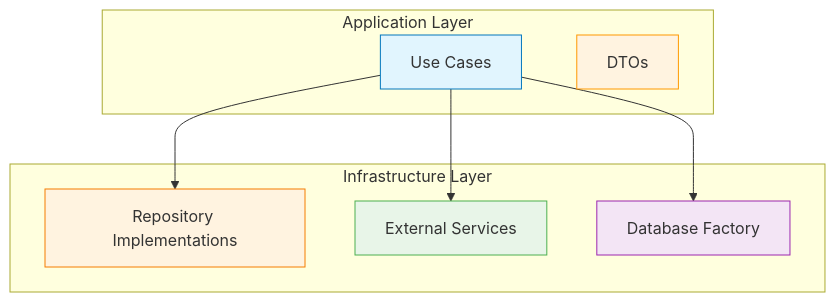
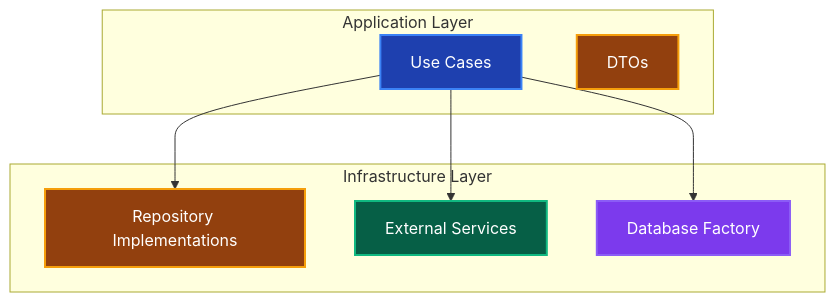
The fifth of 5 diagrams in _DOCS/guides/ddd/layers/application/application.md (derushio/d-next-ddd-example), drawn with Mermaid before and after one commit. The commit also changed other lines of this file and 31 other files, not shown here.

Commit message:
🎨: DOCSのMermaid図表カラーテーマを暗色に統一し視認性を向上

````diff
--- a/_DOCS/guides/ddd/layers/application/application.md
+++ b/_DOCS/guides/ddd/layers/application/application.md
@@ -200,23 +200,23 @@
 ```mermaid
 graph TD
     subgraph "Application Layer"
         UC[Use Cases]
         DTO[DTOs]
     end
     
     subgraph "Infrastructure Layer"
         REPO_IMPL[Repository Implementations]
         EXT_SERVICE[External Services]
         DB[Database Factory]
     end
     
     UC --> REPO_IMPL
     UC --> EXT_SERVICE
     UC --> DB
     
-    style UC fill:#e1f5fe,stroke:#0277bd
-    style DTO fill:#fff3e0,stroke:#ff9800
-    style REPO_IMPL fill:#fff3e0,stroke:#f57c00
-    style EXT_SERVICE fill:#e8f5e8,stroke:#4caf50
-    style DB fill:#f3e5f5,stroke:#9c27b0
+    style UC fill:#1e40af,stroke:#3b82f6,stroke-width:2px,color:#ffffff
+    style DTO fill:#92400e,stroke:#f59e0b,stroke-width:2px,color:#ffffff
+    style REPO_IMPL fill:#92400e,stroke:#f59e0b,stroke-width:2px,color:#ffffff
+    style EXT_SERVICE fill:#065f46,stroke:#10b981,stroke-width:2px,color:#ffffff
+    style DB fill:#7c3aed,stroke:#8b5cf6,stroke-width:2px,color:#ffffff
 ```
````
